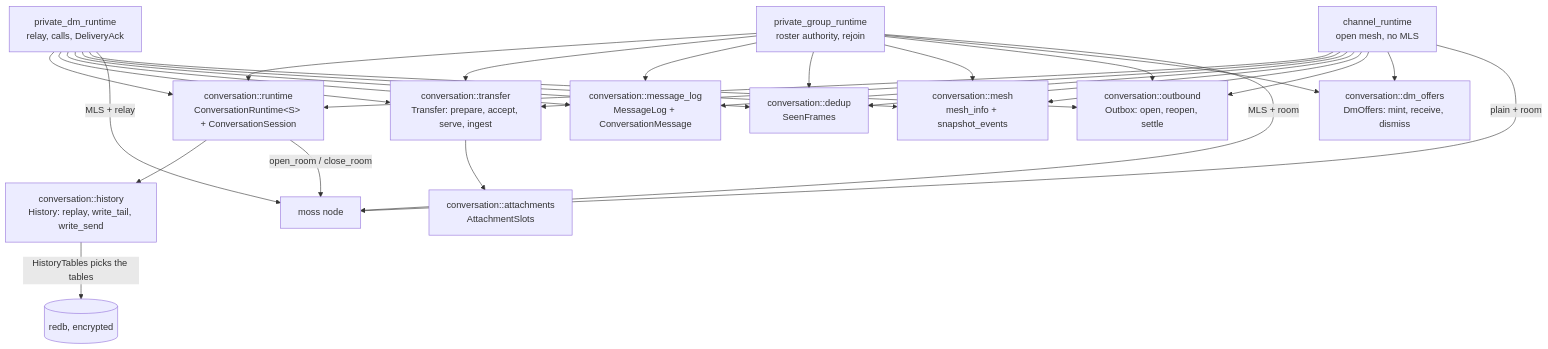
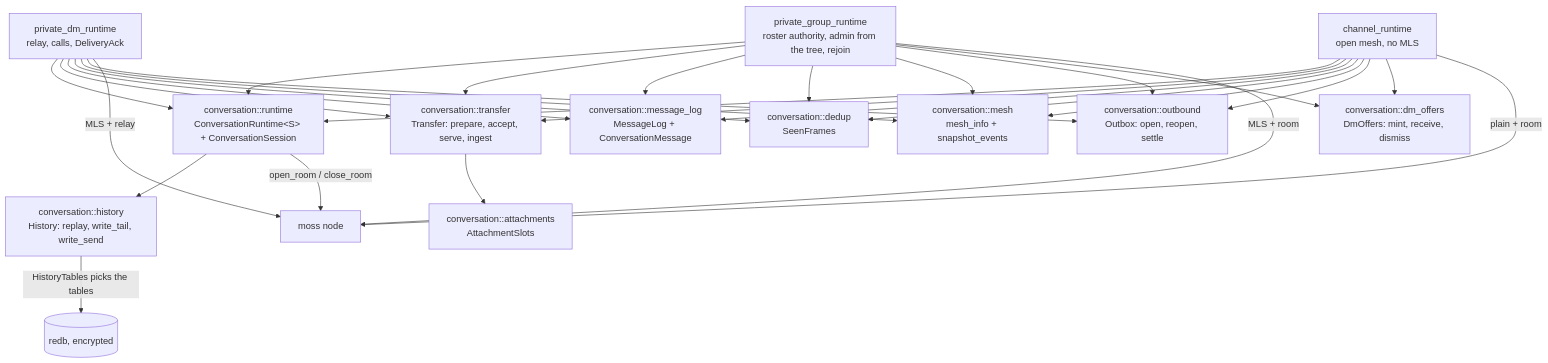
Before and after one commit to redstone-md/mosh-flutter: the eighth of 8 diagrams in docs/Architecture.md, drawn with Mermaid. The commit also changed other lines of this file and 2 other files, not shown here.

Commit message:
docs: ADR 0023, the tree says who the admin is
Records why the group admin is derived from the MLS tree rather than
carried by an AdminHandoff frame, why leaving is a proposal for everyone
including the admin, why the committer re-issues the removal inline, and
why the plain-group from_fingerprint gate is gone.

Closes #18 in BUGS-TODO and rewrites the carry-over from #3, which still
pointed at process_commit_once — the reorder-resync path it asked for
shipped as commit_sequencer plus absorb_resync_commits.

````diff
--- a/docs/Architecture.md
+++ b/docs/Architecture.md
@@ -321,45 +321,45 @@
 ```mermaid
 flowchart TD
     Dm["private_dm_runtime<br/>relay, calls, DeliveryAck"]
-    Gr["private_group_runtime<br/>roster authority, rejoin"]
+    Gr["private_group_runtime<br/>roster authority, admin from the tree, rejoin"]
     Ch["channel_runtime<br/>open mesh, no MLS"]
     Shell["conversation::runtime<br/>ConversationRuntime&lt;S&gt; + ConversationSession"]
     Slots["conversation::attachments<br/>AttachmentSlots"]
     Xfer["conversation::transfer<br/>Transfer: prepare, accept, serve, ingest"]
     Log["conversation::message_log<br/>MessageLog + ConversationMessage"]
     Seen["conversation::dedup<br/>SeenFrames"]
     Mesh["conversation::mesh<br/>mesh_info + snapshot_events"]
     Out["conversation::outbound<br/>Outbox: open, reopen, settle"]
     Hist["conversation::history<br/>History: replay, write_tail, write_send"]
     Offers["conversation::dm_offers<br/>DmOffers: mint, receive, dismiss"]
     Moss[moss node]
     Db[(redb, encrypted)]
 
     Dm --> Shell
     Gr --> Shell
     Ch --> Shell
     Dm --> Xfer
     Gr --> Xfer
     Ch --> Xfer
     Dm --> Log
     Dm --> Seen
     Dm --> Mesh
     Dm --> Out
     Gr --> Log
     Gr --> Seen
     Gr --> Mesh
     Gr --> Out
     Gr --> Offers
     Ch --> Log
     Ch --> Seen
     Ch --> Mesh
     Ch --> Out
     Ch --> Offers
     Xfer --> Slots
     Shell --> Hist
     Shell -->|"open_room / close_room"| Moss
     Hist -->|"HistoryTables picks the tables"| Db
     Dm -->|"MLS + relay"| Moss
     Gr -->|"MLS + room"| Moss
     Ch -->|"plain + room"| Moss
 ```
````
